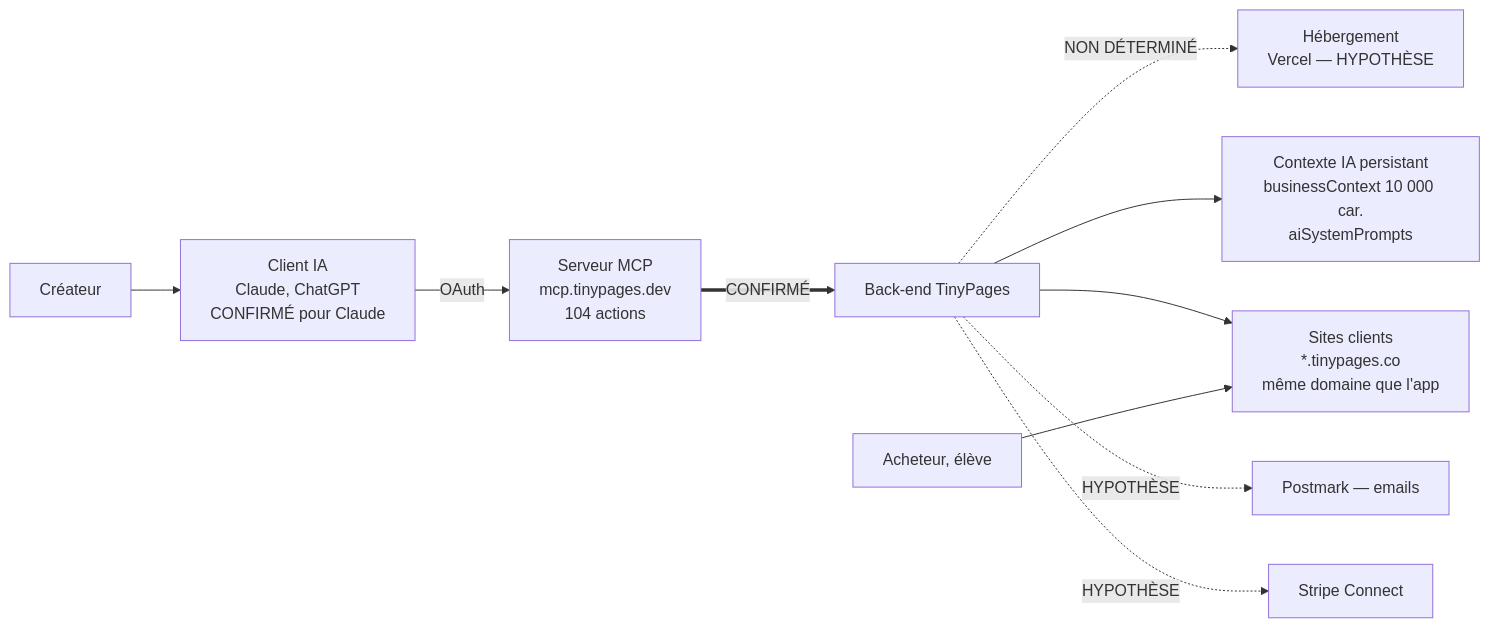
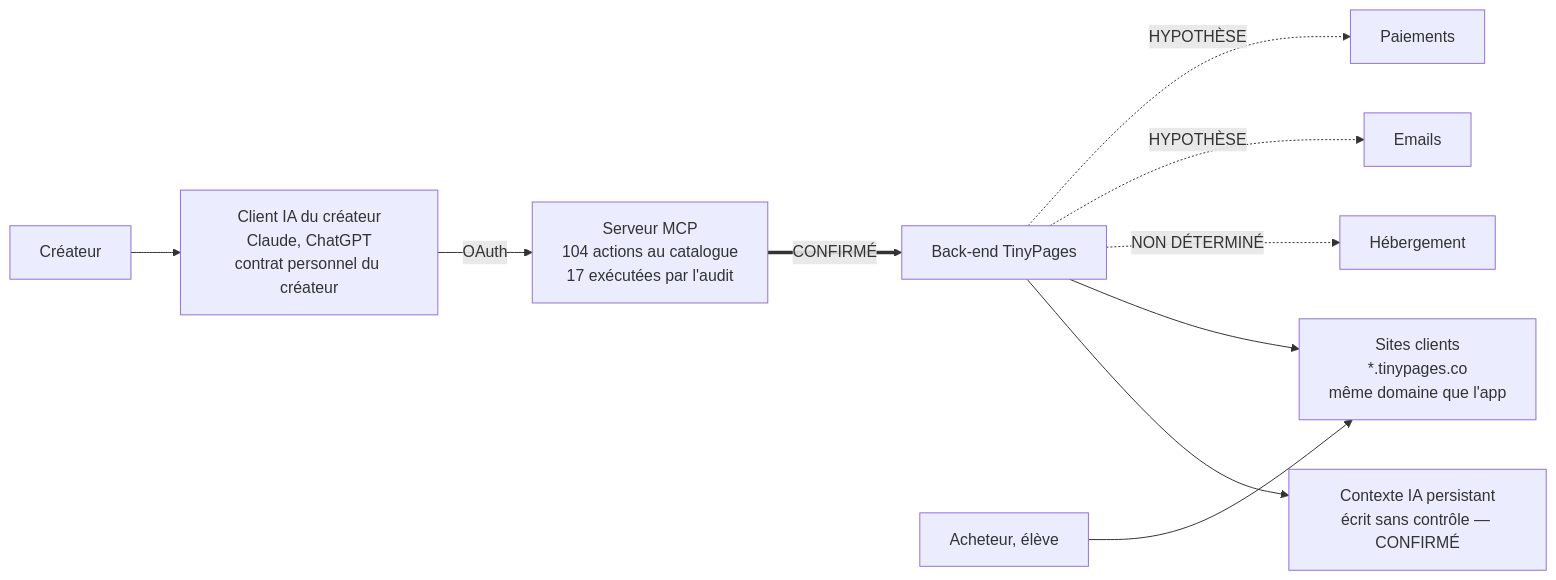
One commit to lahynathan/ais-os changed the diagram in audit/livrables/01_synthese_executive.md. Above: the diagram before and after it, drawn with Mermaid. The commit also changed other lines of this file and 1 other file, not shown here.

````diff
--- a/audit/livrables/01_synthese_executive.md
+++ b/audit/livrables/01_synthese_executive.md
@@ -15,12 +27,12 @@
 ```mermaid
 flowchart LR
-  U["Créateur"] --> IA["Client IA<br/>Claude, ChatGPT<br/>CONFIRMÉ pour Claude"]
-  IA -->|"OAuth"| MCP["Serveur MCP<br/>mcp.tinypages.dev<br/>104 actions"]
+  U["Créateur"] --> IA["Client IA du créateur<br/>Claude, ChatGPT<br/>contrat personnel du créateur"]
+  IA -->|"OAuth"| MCP["Serveur MCP<br/>104 actions au catalogue<br/>17 exécutées par l'audit"]
   MCP ==>|"CONFIRMÉ"| BE["Back-end TinyPages"]
-  BE -.->|"NON DÉTERMINÉ"| H["Hébergement<br/>Vercel — HYPOTHÈSE"]
-  BE --> CTX["Contexte IA persistant<br/>businessContext 10 000 car.<br/>aiSystemPrompts"]
+  BE --> CTX["Contexte IA persistant<br/>écrit sans contrôle — CONFIRMÉ"]
   BE --> S["Sites clients<br/>*.tinypages.co<br/>même domaine que l'app"]
-  BE -.->|"HYPOTHÈSE"| P["Postmark — emails"]
-  BE -.->|"HYPOTHÈSE"| ST["Stripe Connect"]
+  BE -.->|"NON DÉTERMINÉ"| H["Hébergement"]
+  BE -.->|"HYPOTHÈSE"| P["Emails"]
+  BE -.->|"HYPOTHÈSE"| ST["Paiements"]
   U2["Acheteur, élève"] --> S
 ```
````
